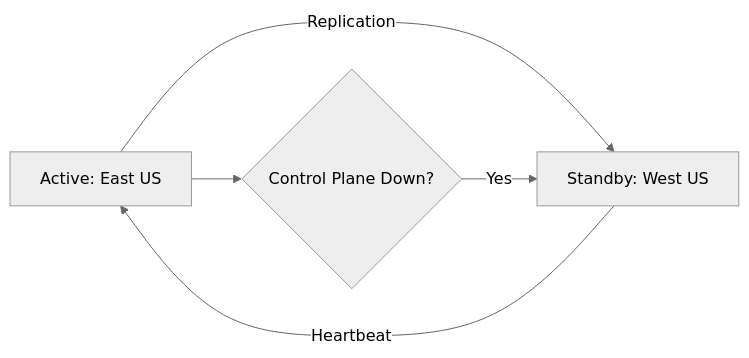
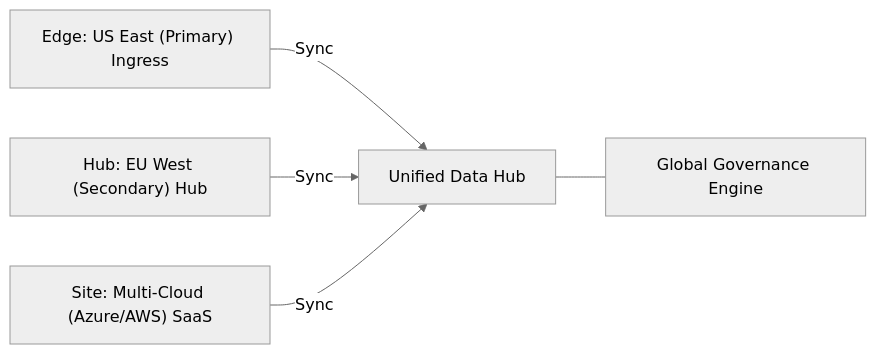
The third of 11 diagrams in README.md (Devopstrio/compliance-scorecard), drawn with Mermaid (neutral theme) before and after one commit. The commit also changed other lines of this file, not shown here.

````diff
--- a/README.md
+++ b/README.md
@@ -159,7 +119,7 @@
 ```mermaid
 graph LR
-    Primary[Active: East US] -->|Replication| Secondary[Standby: West US]
-    Secondary -->|Heartbeat| Primary
-    Primary --> Fail{Control Plane Down?}
-    Fail -->|Yes| Secondary
+    RegionA["Edge: US East (Primary) Ingress"] -->|Sync| Hub["Unified Data Hub"]
+    BU["Hub: EU West (Secondary) Hub"] -->|Sync| Hub
+    Cloud["Site: Multi-Cloud (Azure/AWS) SaaS"] -->|Sync| Hub
+    Hub --- Logic["Global Governance Engine"]
 ```
````
